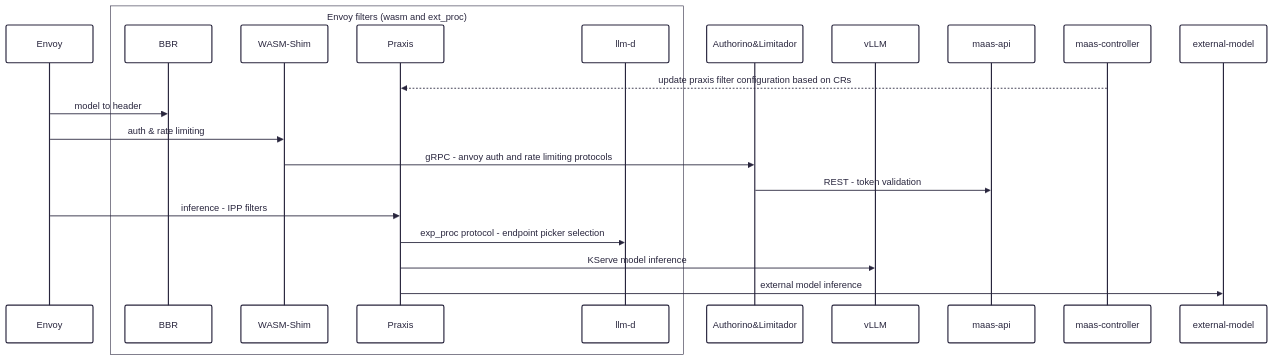
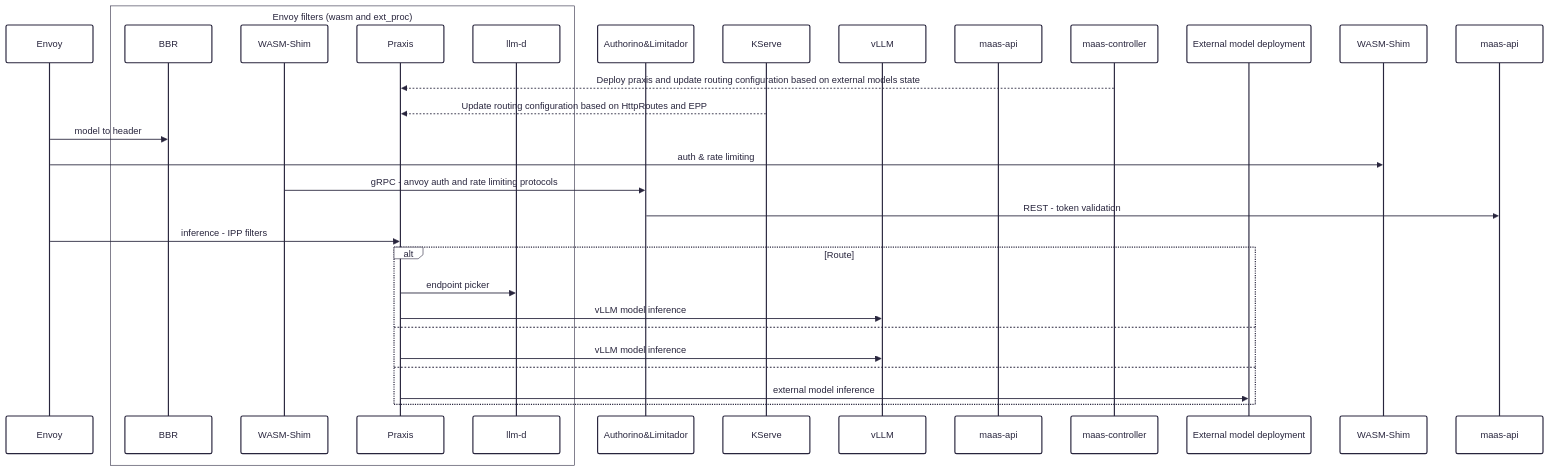
One commit to mariusdanciu/praxis-extproc changed the second of 2 diagrams in docs/proposals/ai-gateway 3.6 discussion.md. Above: the diagram before and after it, drawn with Mermaid. The commit also changed other lines of this file, not shown here.

````diff
--- a/docs/proposals/ai-gateway 3.6 discussion.md
+++ b/docs/proposals/ai-gateway 3.6 discussion.md
@@ -49,30 +55,38 @@
 ```mermaid
 ---
 config:
   theme: redux
 ---
 sequenceDiagram
-    participant Envoy
+    participant envoy as Envoy
     box Envoy filters (wasm and ext_proc)
         participant BBR
-        participant WASM-Shim
-        participant Praxis
+        participant wasm as WASM-Shim
+        participant praxis as Praxis
         participant llm-d
     end
-    participant AL as Authorino&Limitador
+    participant al as Authorino&Limitador
+    participant kserve as KServe
     participant vLLM
-    participant maas-api
-    participant maas-controller
-    participant external-model
+    participant ma as maas-api
+    participant mc as maas-controller
+    participant em as External model deployment
 
-    maas-controller-->>Praxis: update praxis filter configuration based on CRs
-    Envoy->>BBR: model to header
-    Envoy->>WASM-Shim: auth & rate limiting
-    WASM-Shim->>AL: gRPC - anvoy auth and rate limiting protocols
-    AL->>maas-api: REST - token validation 
-    Envoy->>Praxis: inference - IPP filters
-    Praxis->>llm-d: exp_proc protocol - endpoint picker selection
-    Praxis->>vLLM: KServe model inference
-    Praxis->>external-model: external model inference
+    mc-->>praxis: Deploy praxis and update routing configuration based on external models state
+    kserve-->>praxis: Update routing configuration based on HttpRoutes and EPP
+    envoy->>BBR: model to header
+    envoy->>WASM-Shim: auth & rate limiting
+    wasm->>al: gRPC - anvoy auth and rate limiting protocols
+    al->>maas-api: REST - token validation 
+    envoy->>praxis: inference - IPP filters
+    alt Route
+        praxis->>llm-d: endpoint picker
+        praxis->>vLLM: vLLM model inference
+    else 
+        praxis->>vLLM: vLLM model inference
+    else
+        praxis->>em: external model inference
+    end
+
  
 ```
````
